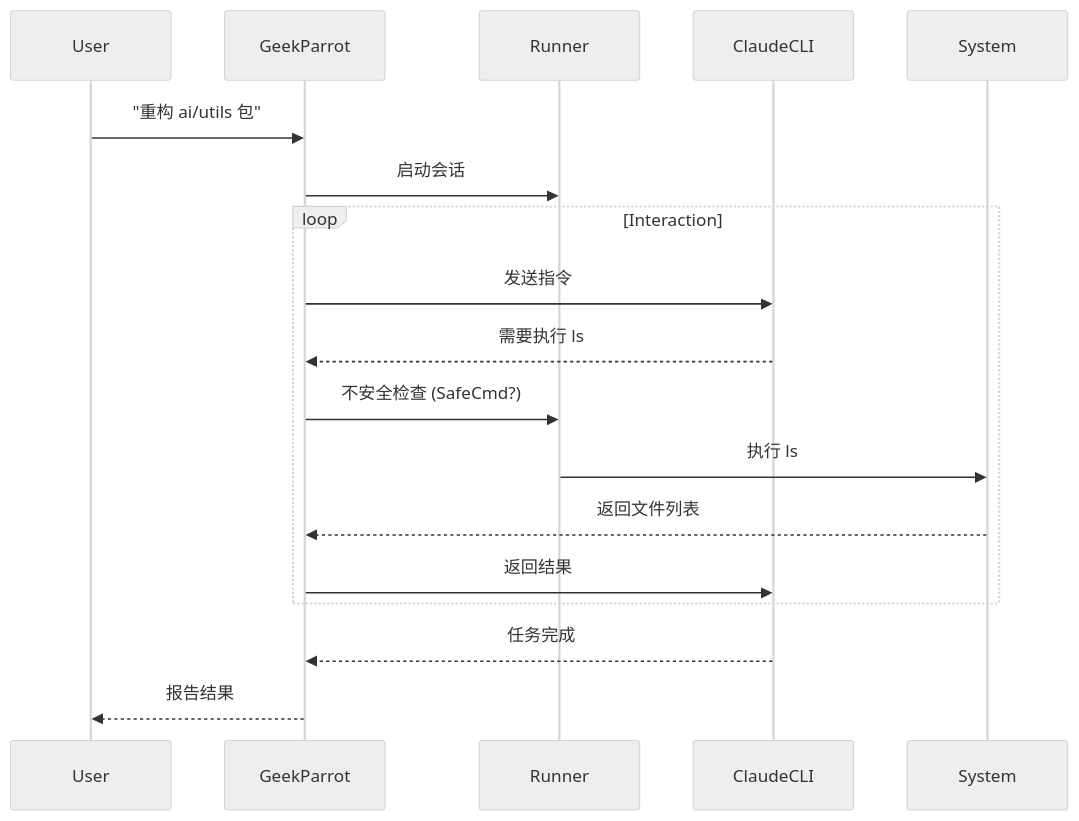
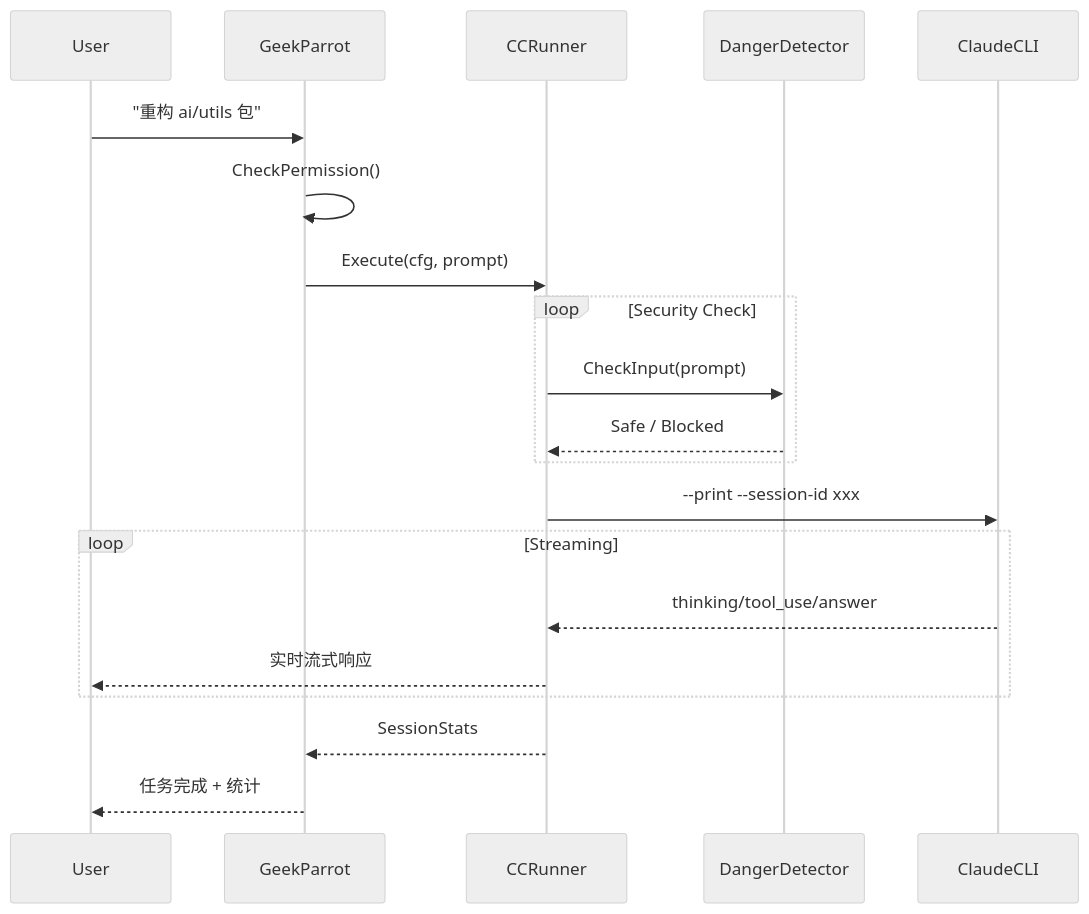
Before and after one commit to 88lin/divinesense: the diagram in ai/agents/geek/README.md, drawn with Mermaid (neutral theme). The commit also changed other lines of this file and 27 other files, not shown here.

````diff
--- a/ai/agents/geek/README.md
+++ b/ai/agents/geek/README.md
@@ -26,22 +34,27 @@
 ```mermaid
 sequenceDiagram
     participant User
     participant GeekParrot
-    participant Runner
+    participant CCRunner
+    participant DangerDetector
     participant ClaudeCLI
-    
+
     User->>GeekParrot: "重构 ai/utils 包"
-    GeekParrot->>Runner: 启动会话
-    
-    loop Interaction
-        GeekParrot->>ClaudeCLI: 发送指令
-        ClaudeCLI-->>GeekParrot: 需要执行 ls
-        GeekParrot->>Runner: 不安全检查 (SafeCmd?)
-        Runner->>System: 执行 ls
-        System-->>GeekParrot: 返回文件列表
-        GeekParrot->>ClaudeCLI: 返回结果
+    GeekParrot->>GeekParrot: CheckPermission()
+    GeekParrot->>CCRunner: Execute(cfg, prompt)
+
+    loop Security Check
+        CCRunner->>DangerDetector: CheckInput(prompt)
+        DangerDetector-->>CCRunner: Safe / Blocked
     end
-    
-    ClaudeCLI-->>GeekParrot: 任务完成
-    GeekParrot-->>User: 报告结果
+
+    CCRunner->>ClaudeCLI: --print --session-id xxx
+
+    loop Streaming
+        ClaudeCLI-->>CCRunner: thinking/tool_use/answer
+        CCRunner-->>User: 实时流式响应
+    end
+
+    CCRunner-->>GeekParrot: SessionStats
+    GeekParrot-->>User: 任务完成 + 统计
 ```
````
